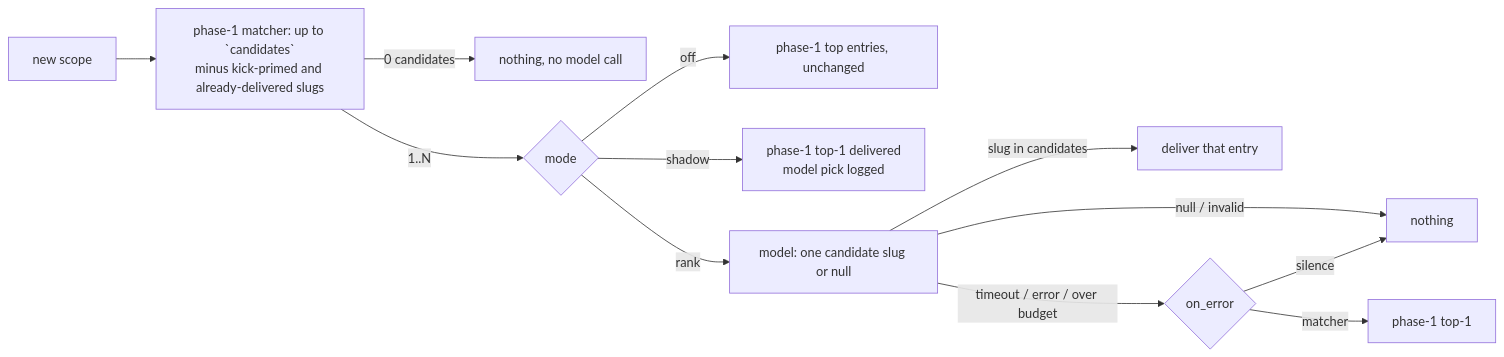
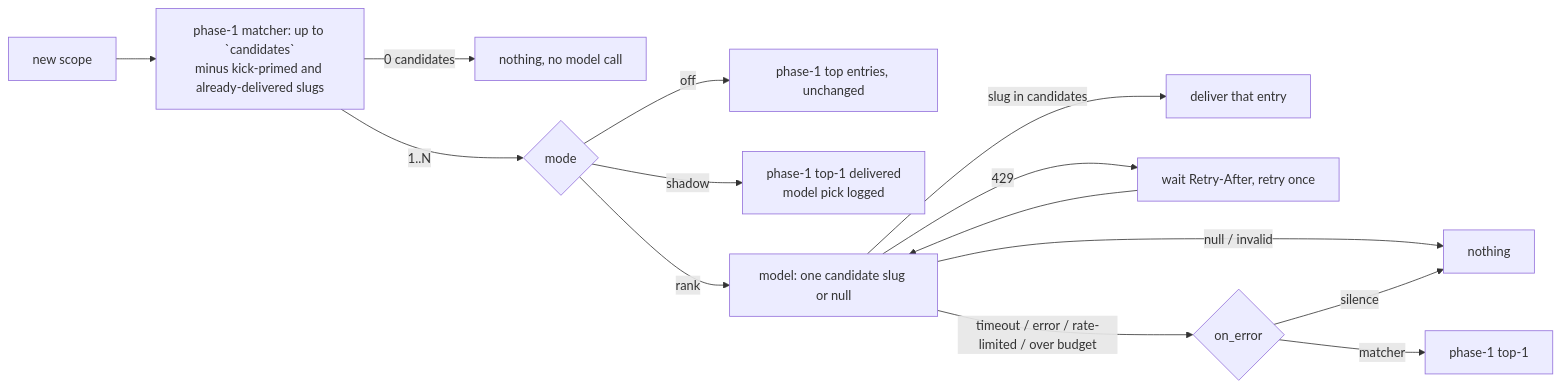
One commit to hivecommons/hive changed the diagram in src/docs/agent-knowledge-and-memory.md. Above: the diagram before and after it, drawn with Mermaid. The commit also changed other lines of this file and 7 other files, not shown here.

First line of the commit message:
🐛 knowledge advisor: honour Retry-After, pace hive-wide, record 429 as rate-limited without spending budget (#18152)

````diff
--- a/src/docs/agent-knowledge-and-memory.md
+++ b/src/docs/agent-knowledge-and-memory.md
@@ -145,14 +145,15 @@
 ```mermaid
 flowchart LR
   P[new scope] --> M[phase-1 matcher: up to `candidates`<br/>minus kick-primed and already-delivered slugs]
   M -->|0 candidates| X[nothing, no model call]
   M -->|1..N| G{mode}
   G -->|off| D[phase-1 top entries, unchanged]
   G -->|shadow| S[phase-1 top-1 delivered<br/>model pick logged]
   G -->|rank| R[model: one candidate slug or null]
   R -->|slug in candidates| D2[deliver that entry]
   R -->|null / invalid| X2[nothing]
-  R -->|timeout / error / over budget| E{on_error}
+  R -->|429| W[wait Retry-After, retry once] --> R
+  R -->|timeout / error / rate-limited / over budget| E{on_error}
   E -->|silence| X2
   E -->|matcher| D3[phase-1 top-1]
 ```
````
